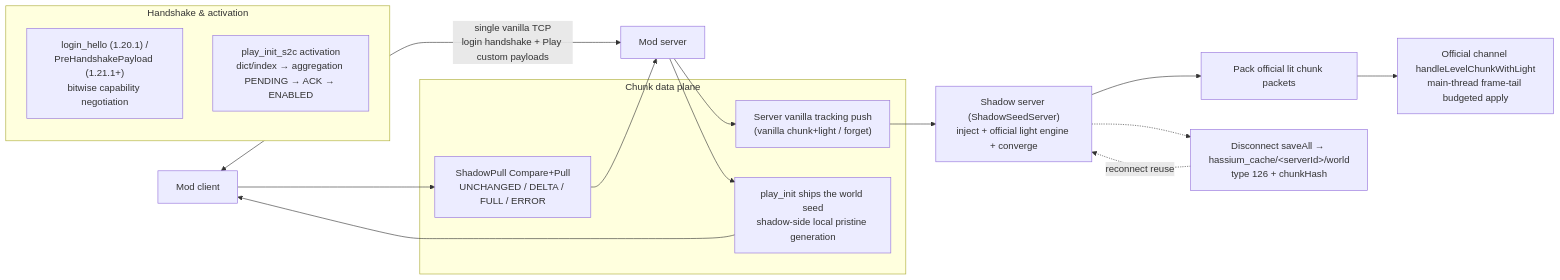
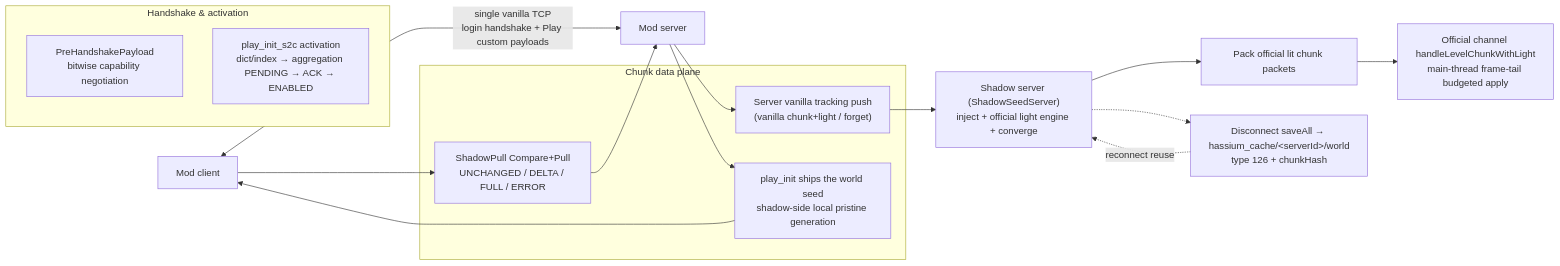
Before and after one commit to limuqy/Hassium: the diagram in README-en.md, drawn with Mermaid. The commit also changed other lines of this file and 1 other file, not shown here.

````diff
--- a/README-en.md
+++ b/README-en.md
@@ -142,24 +140,24 @@
 ```mermaid
 flowchart LR
     client["Mod client"] <-->|"single vanilla TCP<br/>login handshake + Play custom payloads"| server["Mod server"]
     subgraph Handshake & activation
-        hs["login_hello (1.20.1) /<br/>PreHandshakePayload (1.21.1+)<br/>bitwise capability negotiation"]
+        hs["PreHandshakePayload<br/>bitwise capability negotiation"]
         act["play_init_s2c activation<br/>dict/index → aggregation PENDING → ACK → ENABLED"]
     end
     subgraph Chunk data plane
         push["Server vanilla tracking push<br/>(vanilla chunk+light / forget)"]
         pull["ShadowPull Compare+Pull<br/>UNCHANGED / DELTA / FULL / ERROR"]
         seed["play_init ships the world seed<br/>shadow-side local pristine generation"]
     end
     shadow["Shadow server (ShadowSeedServer)<br/>inject + official light engine + converge"]
     pack["Pack official lit chunk packets"]
     apply["Official channel handleLevelChunkWithLight<br/>main-thread frame-tail budgeted apply"]
     save["Disconnect saveAll → hassium_cache/&lt;serverId&gt;/world<br/>type 126 + chunkHash"]
 
     server --> push --> shadow
     client --> pull --> server
     server --> seed --> client
     shadow --> pack --> apply
     shadow -.-> save
     save -.->|"reconnect reuse"| shadow
 ```
````
